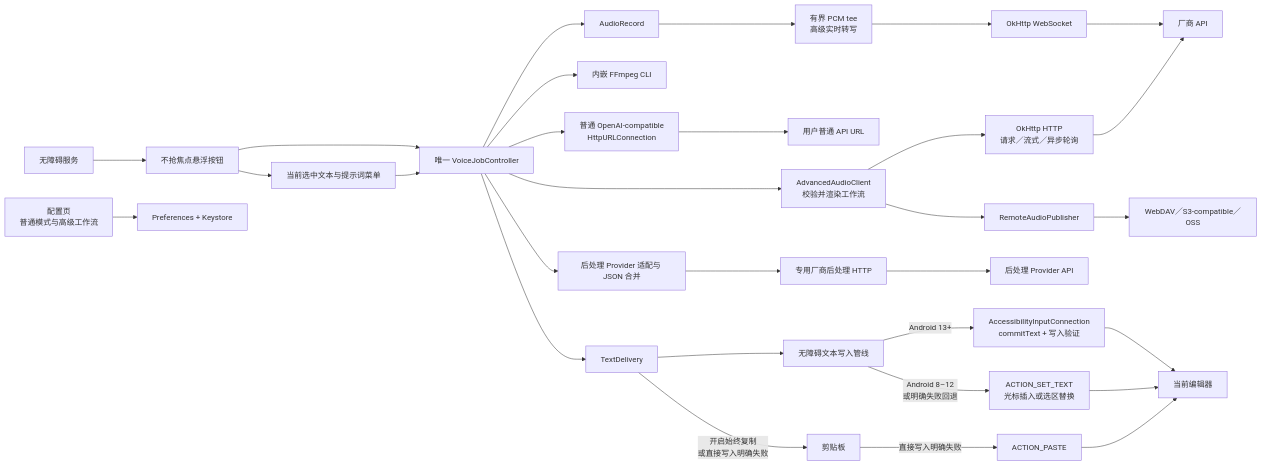
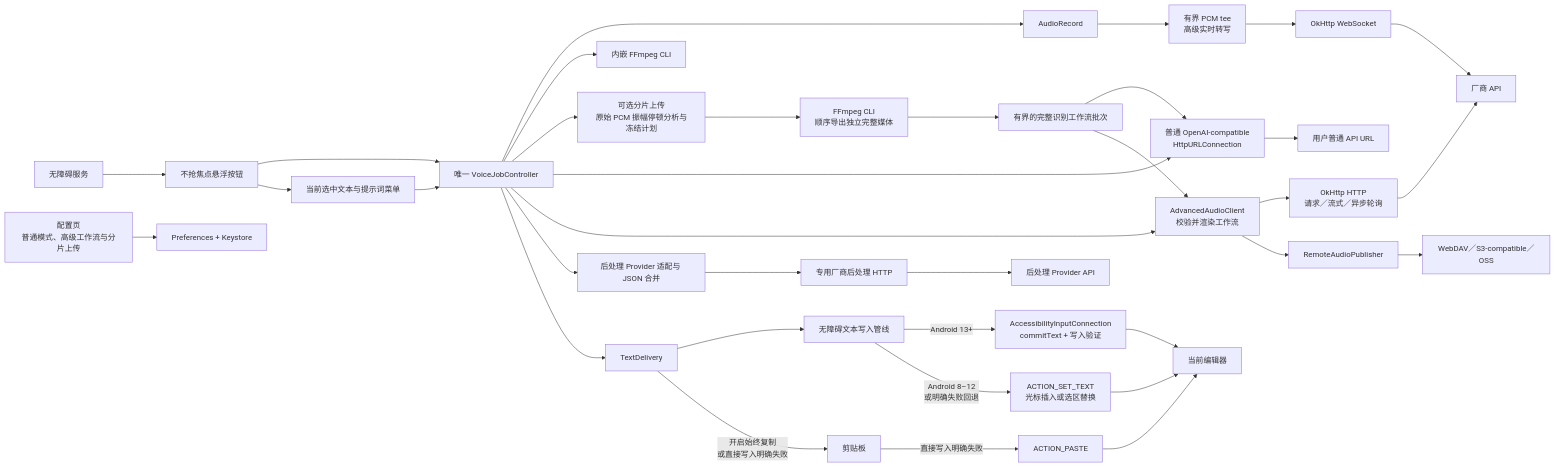
One commit to Joey-Kot/Dictate changed the first of 3 diagrams in README_ZH.md. Above: the diagram before and after it, drawn with Mermaid. The commit also changed other lines of this file and 52 other files, not shown here.

````diff
--- a/README_ZH.md
+++ b/README_ZH.md
@@ -68,32 +70,37 @@
 ```mermaid
 flowchart LR
   A["无障碍服务"] --> B["不抢焦点悬浮按钮"]
   B --> C["唯一 VoiceJobController"]
   B --> L["当前选中文本与提示词菜单"]
   L --> C
   C --> D["AudioRecord"]
   C --> E["内嵌 FFmpeg CLI"]
+  C --> SU["可选分片上传<br/>原始 PCM 振幅停顿分析与冻结计划"]
+  SU --> SE["FFmpeg CLI<br/>顺序导出独立完整媒体"]
+  SE --> SB["有界的完整识别工作流批次"]
+  SB --> F
+  SB --> AA
   C --> F["普通 OpenAI-compatible<br/>HttpURLConnection"]
   F --> G["用户普通 API URL"]
   C --> AA["AdvancedAudioClient<br/>校验并渲染工作流"]
   AA --> OH["OkHttp HTTP<br/>请求／流式／异步轮询"]
   OH --> V["厂商 API"]
   AA --> RA["RemoteAudioPublisher"]
   RA --> RS["WebDAV／S3-compatible／OSS"]
   D --> RT["有界 PCM tee<br/>高级实时转写"]
   RT --> WS["OkHttp WebSocket"]
   WS --> V
   C --> H["后处理 Provider 适配与 JSON 合并"]
   H --> PH["专用厂商后处理 HTTP"]
   PH --> PV["后处理 Provider API"]
   C --> T["TextDelivery"]
   T --> W["无障碍文本写入管线"]
   W -->|"Android 13+"| M["AccessibilityInputConnection<br/>commitText + 写入验证"]
   W -->|"Android 8–12<br/>或明确失败回退"| S["ACTION_SET_TEXT<br/>光标插入或选区替换"]
   M --> X["当前编辑器"]
   S --> X
   T -->|"开启始终复制<br/>或直接写入明确失败"| I["剪贴板"]
   I -->|"直接写入明确失败"| P["ACTION_PASTE"]
   P --> X
-  J["配置页<br/>普通模式与高级工作流"] --> K["Preferences + Keystore"]
+  J["配置页<br/>普通模式、高级工作流与分片上传"] --> K["Preferences + Keystore"]
 ```
````
